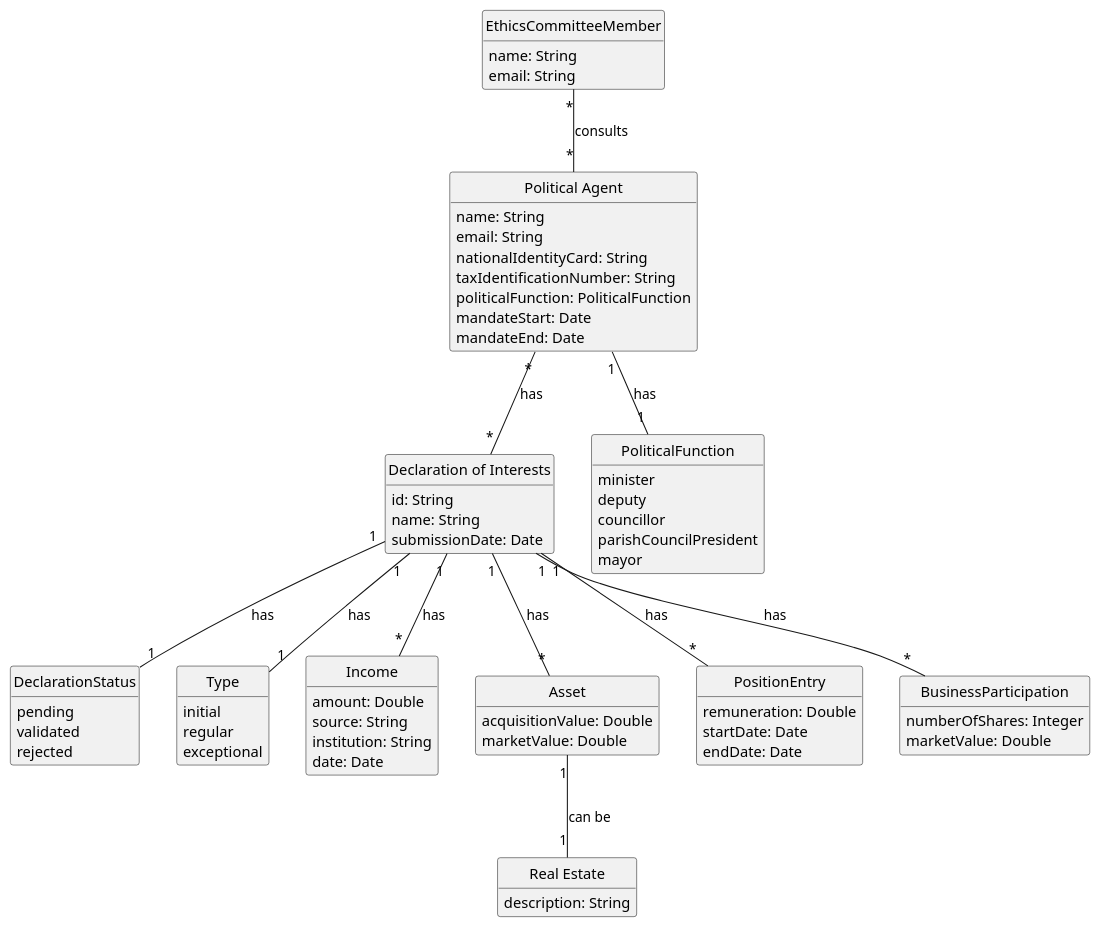
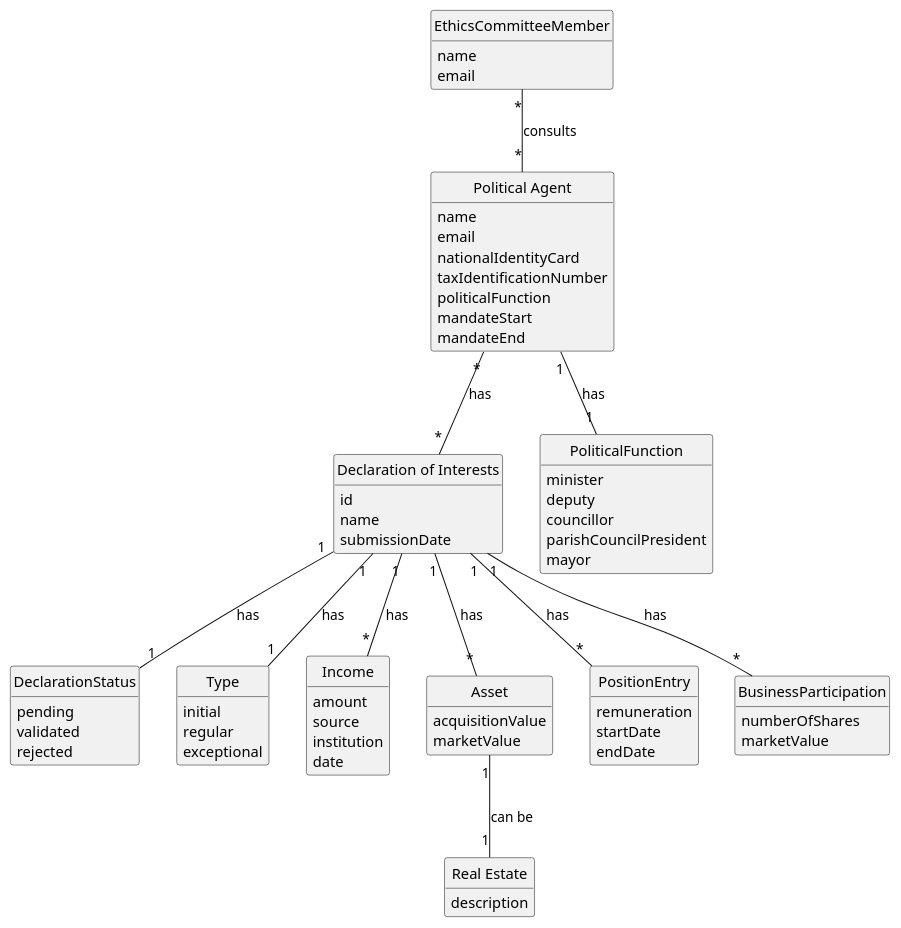
One commit to brunodspinto/crystal-clear-platform changed the diagram in docs/system-documentation/US09/02.analysis/puml/US09-DM.puml. Above: the diagram before and after it, drawn with PlantUML. The commit also changed 26 other files, not shown here.

```diff
--- a/docs/system-documentation/US09/02.analysis/puml/US09-DM.puml
+++ b/docs/system-documentation/US09/02.analysis/puml/US09-DM.puml
@@ -1,94 +1,94 @@
 @startuml US09-DM
 skinparam monochrome true
 skinparam packageStyle rectangle
 skinparam shadowing false
 skinparam classAttributeIconSize 0
 
 hide circle
 hide methods
 
 class EthicsCommitteeMember {
-    name: String
-    email: String
+    name
+    email
 }
 
 class "Political Agent" as PoliticalAgent {
-    name: String
-    email: String
-    nationalIdentityCard: String
-    taxIdentificationNumber: String
-    politicalFunction: PoliticalFunction
-    mandateStart: Date
-    mandateEnd: Date
+    name
+    email
+    nationalIdentityCard
+    taxIdentificationNumber
+    politicalFunction
+    mandateStart
+    mandateEnd
 }
 
 class "Declaration of Interests" as Declaration {
-    id: String
-    name: String
-    submissionDate: Date
+    id
+    name
+    submissionDate
 }
 
 enum DeclarationStatus {
     pending
     validated
     rejected
 }
 
 enum Type {
     initial
     regular
     exceptional
 }
 
 enum PoliticalFunction {
     minister
     deputy
     councillor
     parishCouncilPresident
     mayor
 }
 
 class Income {
-    amount: Double
-    source: String
-    institution: String
-    date: Date
+    amount
+    source
+    institution
+    date
 }
 
 class Asset {
-    acquisitionValue: Double
-    marketValue: Double
+    acquisitionValue
+    marketValue
 }
 
 class "Real Estate" as RealEstate {
-    description: String
+    description
 }
 
 class PositionEntry {
-    remuneration: Double
-    startDate: Date
-    endDate: Date
+    remuneration
+    startDate
+    endDate
 }
 
 class BusinessParticipation {
-    numberOfShares: Integer
-    marketValue: Double
+    numberOfShares
+    marketValue
 }
 
 EthicsCommitteeMember "*" -- "*" PoliticalAgent : consults
 
 PoliticalAgent "*" -- "*" Declaration : has
 
 PoliticalAgent "1" -- "1" PoliticalFunction : has
 
 Declaration "1" -- "1" Type : has
 Declaration "1" -- "1" DeclarationStatus : has
 Declaration "1" -- "*" Income : has
 Declaration "1" -- "*" Asset : has
 
 Declaration "1" -- "*" PositionEntry : has
 Declaration "1" -- "*" BusinessParticipation : has
 
 Asset "1" -- "1" RealEstate : can be
 
 @enduml
```
